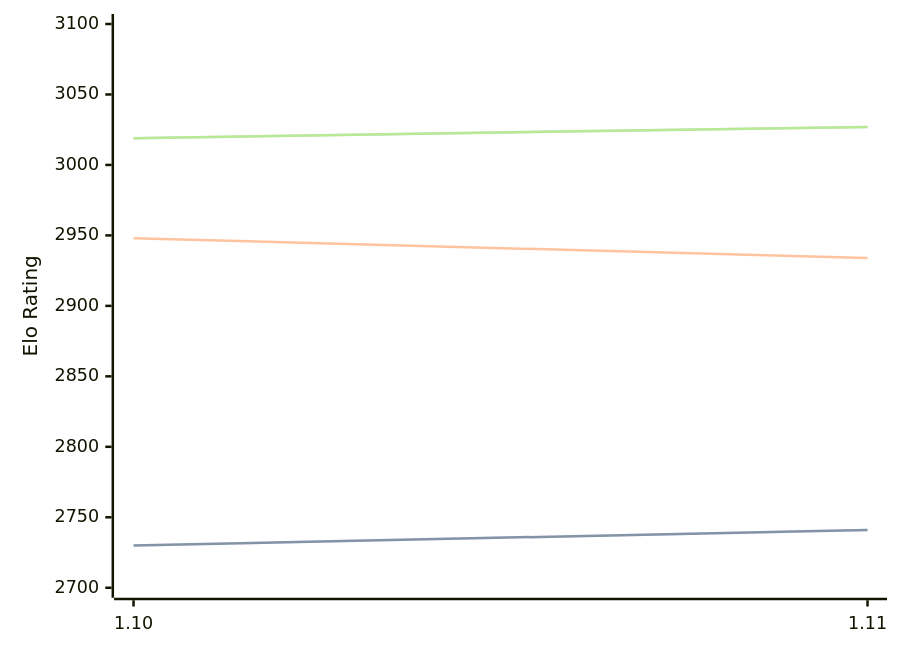
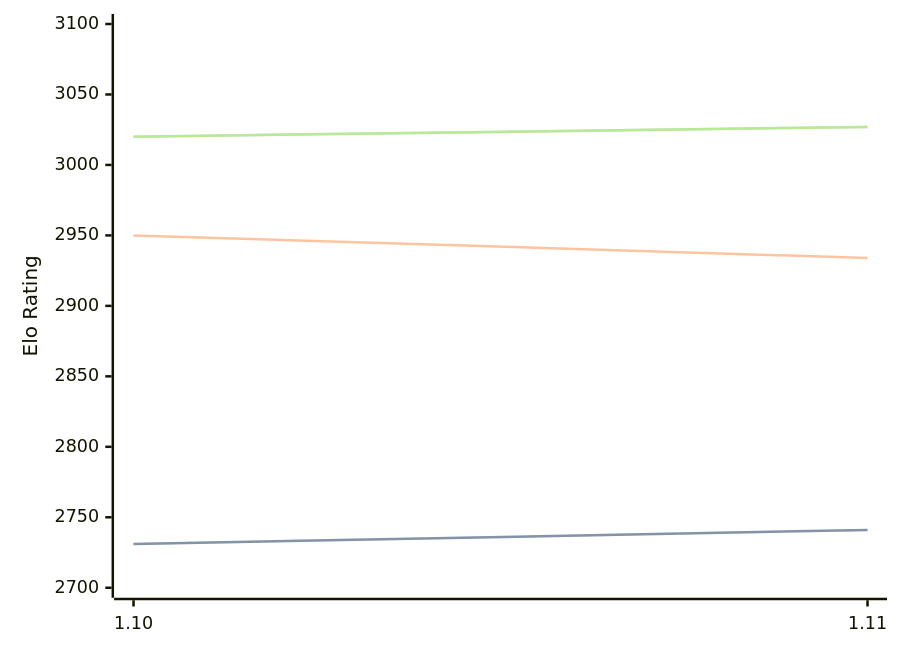
Before and after one commit to computer-chess-index/cci: the third of 3 diagrams in engines/Roc.md, drawn with Mermaid. The commit also changed other lines of this file, not shown here.

Commit message:
Update CCI Ratings (ELO VLTC) - 2026-07-14

````diff
--- a/engines/Roc.md
+++ b/engines/Roc.md
@@ -98,11 +98,11 @@
 ```mermaid
 %%{init: {"theme":"base","themeVariables":{"seriesColors:['#a3a3a3','#222221','#faa371']}}}%%
 xychart-beta
   x-axis ["1.10", "1.11"]
   y-axis "Elo Rating" 2700 --> 3100
-  line "STC (8.0+0.08s)" [2730, 2741]
-  line "STC (8.0+0.08s)" [2730, 2741]
-  line "LTC (60.0+0.60s)" [2948, 2934]
-  line "VLTC (2m24s+1.12s)" [3019, 3027]
-  line "VLTC (2m24s+1.12s)" [3019, 3027]
+  line "STC (8.0+0.08s)" [2731, 2741]
+  line "STC (8.0+0.08s)" [2731, 2741]
+  line "LTC (60.0+0.60s)" [2950, 2934]
+  line "VLTC (2m24s+1.12s)" [3020, 3027]
+  line "VLTC (2m24s+1.12s)" [3020, 3027]
 ```
````
